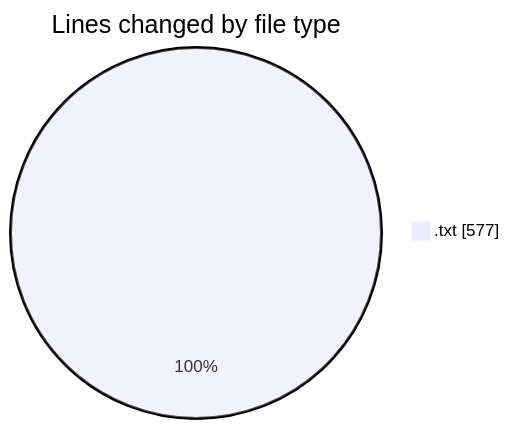
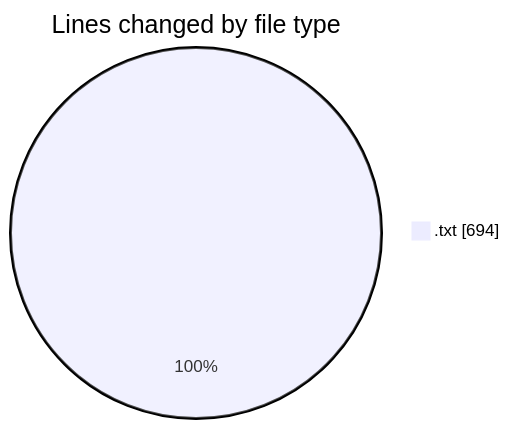
The first of 2 diagrams in 2026-08-21/untitled__workspace_/README.md (debugP/code-tracking), drawn with Mermaid before and after one commit. The commit also changed other lines of this file and 1 other file, not shown here.

````diff
--- a/2026-08-21/untitled__workspace_/README.md
+++ b/2026-08-21/untitled__workspace_/README.md
@@ -20,5 +21,5 @@
 ```mermaid
 pie showData
 title Lines changed by file type
-".txt" : 577
+".txt" : 694
 ```
````
